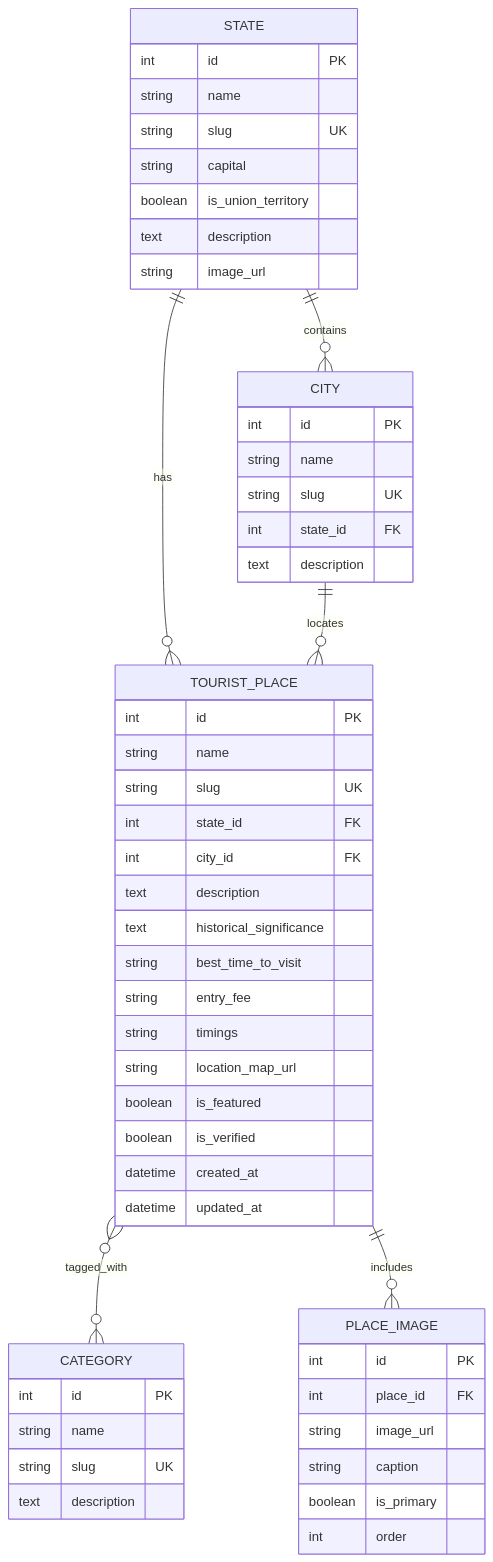
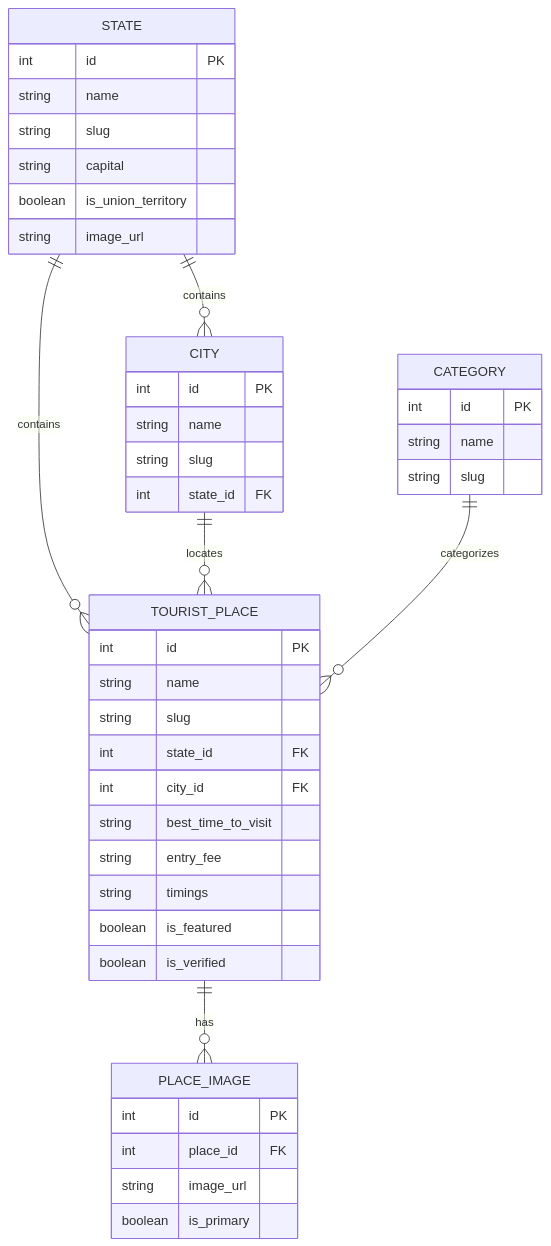
Before and after one commit to PARTTTHH/TravelBharat: the diagram in README.md, drawn with Mermaid.

Commit message:
docs: fix mermaid ER diagram syntax for GitHub rendering

````diff
--- a/README.md
+++ b/README.md
@@ -167,60 +167,50 @@
 ```mermaid
 erDiagram
-    STATE ||--o{ CITY : contains
-    STATE ||--o{ TOURIST_PLACE : has
-    CITY ||--o{ TOURIST_PLACE : locates
-    TOURIST_PLACE }o--o{ CATEGORY : tagged_with
-    TOURIST_PLACE ||--o{ PLACE_IMAGE : includes
+    STATE ||--o{ CITY : "contains"
+    STATE ||--o{ TOURIST_PLACE : "contains"
+    CITY ||--o{ TOURIST_PLACE : "locates"
+    CATEGORY ||--o{ TOURIST_PLACE : "categorizes"
+    TOURIST_PLACE ||--o{ PLACE_IMAGE : "has"
 
     STATE {
         int id PK
         string name
-        string slug UK
+        string slug
         string capital
         boolean is_union_territory
-        text description
         string image_url
     }
 
     CITY {
         int id PK
         string name
-        string slug UK
+        string slug
         int state_id FK
-        text description
     }
 
     CATEGORY {
         int id PK
         string name
-        string slug UK
-        text description
+        string slug
     }
 
     TOURIST_PLACE {
         int id PK
         string name
-        string slug UK
+        string slug
         int state_id FK
         int city_id FK
-        text description
-        text historical_significance
         string best_time_to_visit
         string entry_fee
         string timings
-        string location_map_url
         boolean is_featured
         boolean is_verified
-        datetime created_at
-        datetime updated_at
     }
 
     PLACE_IMAGE {
         int id PK
         int place_id FK
         string image_url
-        string caption
         boolean is_primary
-        int order
     }
 ```
````
